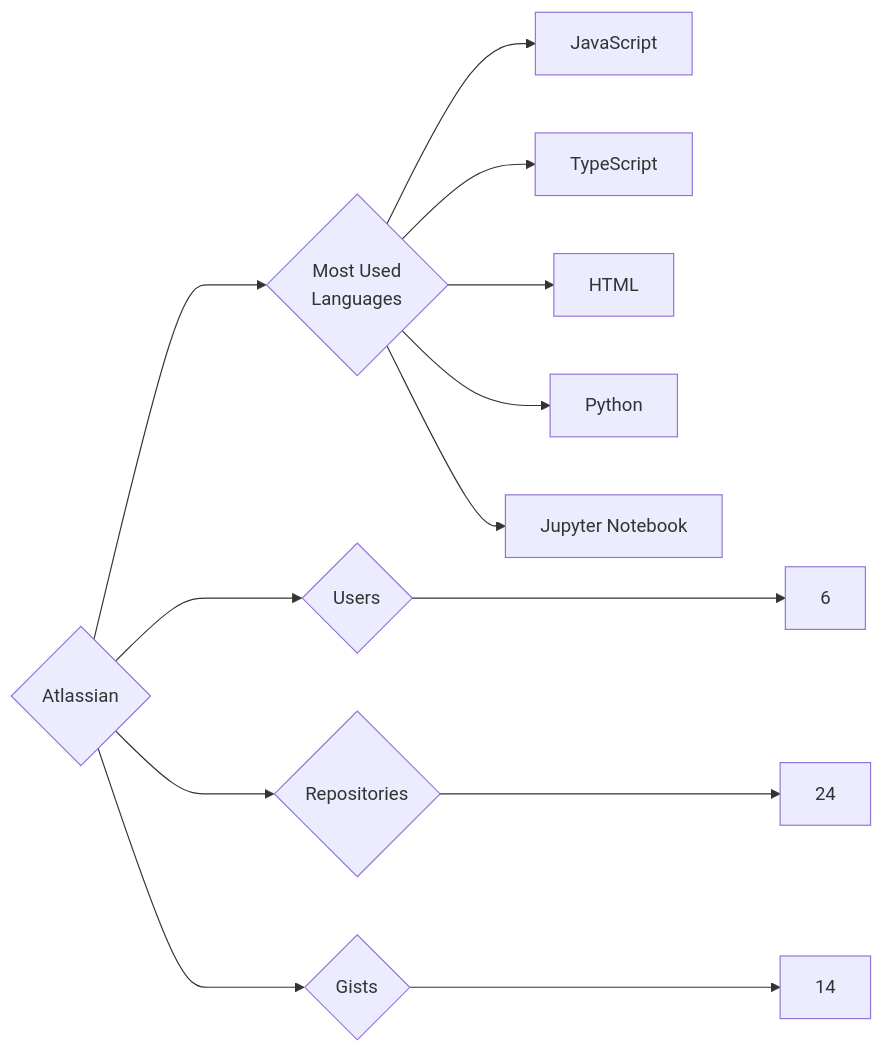
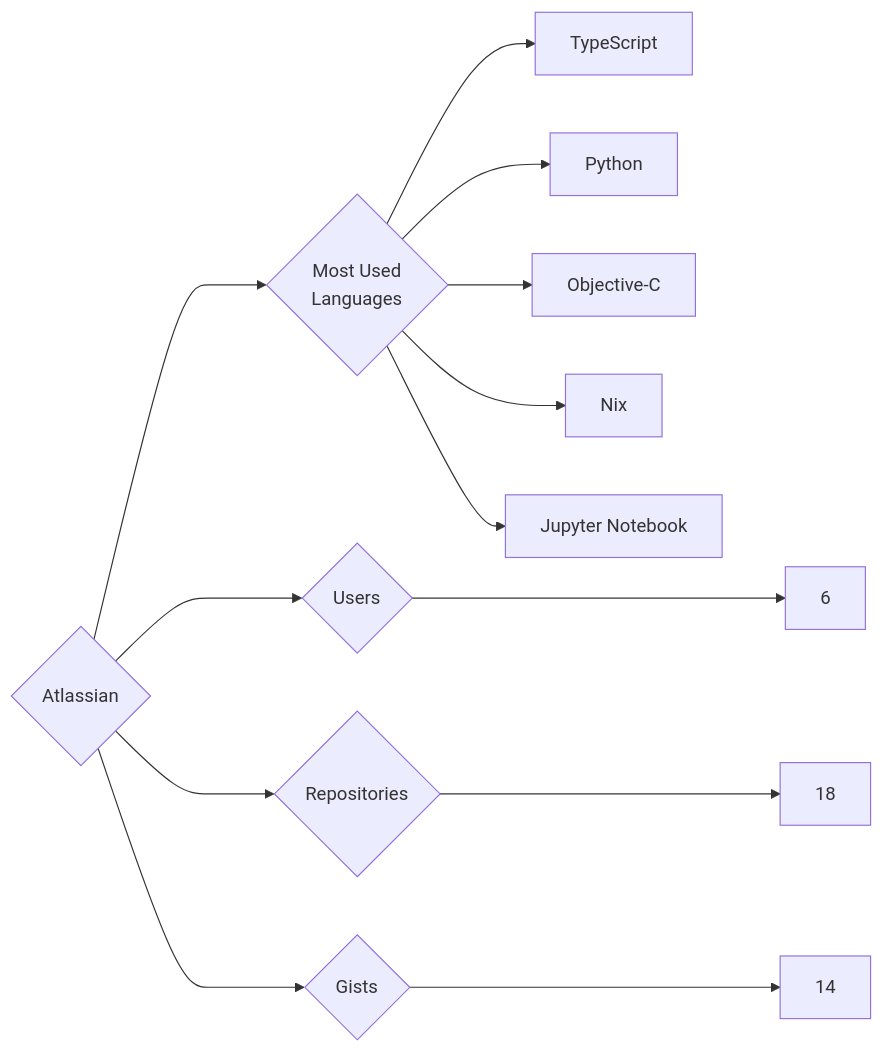
The diagram in targets/Atlassian/README.md (trickest/insiders), drawn with Mermaid before and after one commit. The commit also changed 1088 other files, not shown here.

````diff
--- a/targets/Atlassian/README.md
+++ b/targets/Atlassian/README.md
@@ -3,13 +3,13 @@
 ```mermaid
 graph LR
 COMPANY_NAME{Atlassian}
 COMPANY_NAME ---> U{Users} ---> UN[6]
-COMPANY_NAME ---> R{Repositories} ---> RN[24]
+COMPANY_NAME ---> R{Repositories} ---> RN[18]
 COMPANY_NAME ---> G{Gists} ---> GN[14]
 COMPANY_NAME ---> ML{Most Used<br>Languages}
-ML --> JavaScript[JavaScript]
 ML --> TypeScript[TypeScript]
-ML --> HTML[HTML]
 ML --> Python[Python]
+ML --> Objective-C[Objective-C]
+ML --> Nix[Nix]
 ML --> Jupyter_Notebook[Jupyter Notebook]
 ```
````
